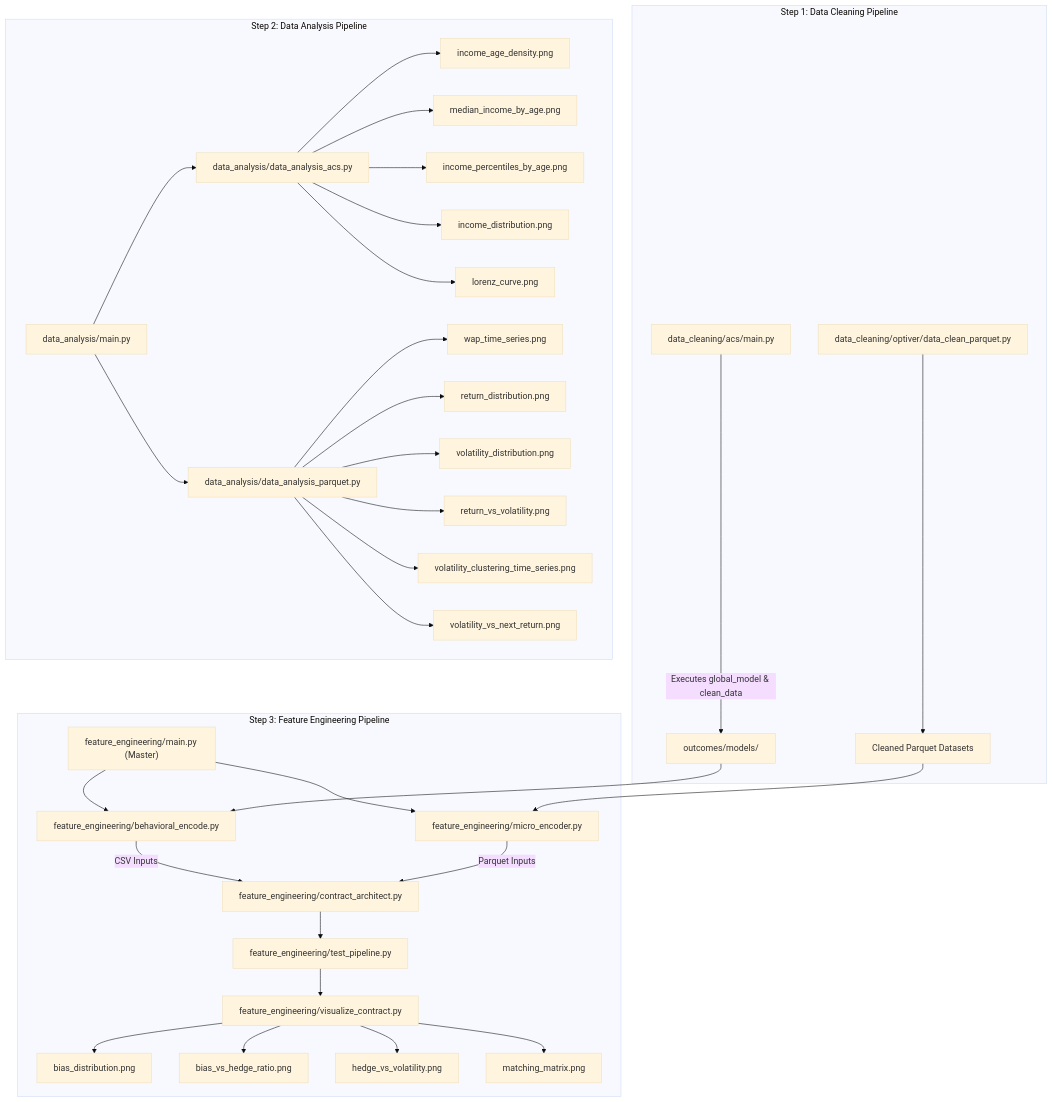
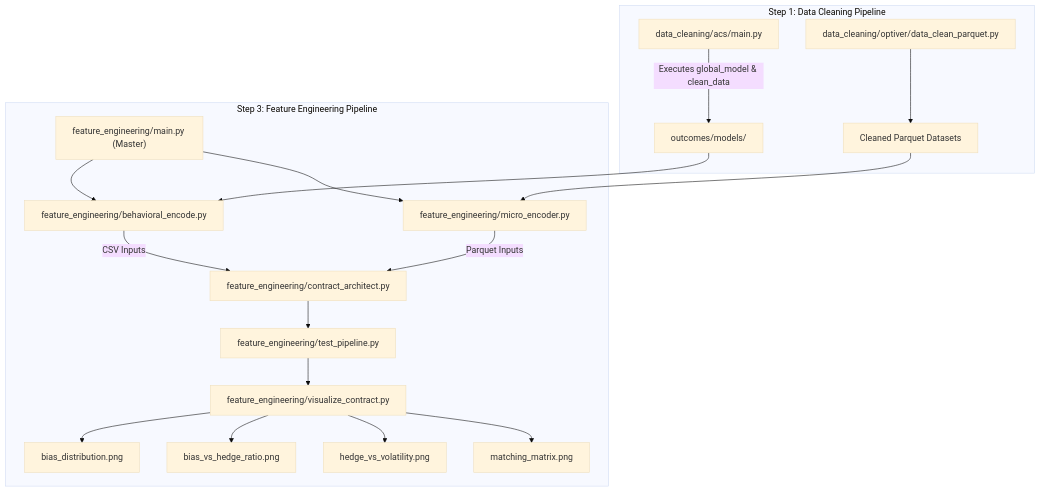
One commit to pikum06/behavioral-microstructure-matching-engine changed the first of 3 diagrams in README.md. Above: the diagram before and after it, drawn with Mermaid (base theme). The commit also changed other lines of this file, not shown here.

Commit message:
Add Data Analysis Pipeline to README
Added Data Analysis Pipeline section with mermaid diagrams.

````diff
--- a/README.md
+++ b/README.md
@@ -122,51 +124,28 @@
 ```mermaid
 graph TD
-    %% Step 1: Data Cleaning Pipeline
     subgraph Step1 ["Step 1: Data Cleaning Pipeline"]
         DC1["data_cleaning/acs/main.py"] -->|"Executes global_model & clean_data"| DC_MOD["outcomes/models/"]
         DC2["data_cleaning/optiver/data_clean_parquet.py"] --> DC_PAR["Cleaned Parquet Datasets"]
     end
 
-    %% Step 2: Data Analysis Pipeline
-    subgraph Step2 ["Step 2: Data Analysis Pipeline"]
-        DA_MAIN["data_analysis/main.py"] --> DA1["data_analysis/data_analysis_acs.py"]
-        DA_MAIN --> DA2["data_analysis/data_analysis_parquet.py"]
-        
-        %% ACS Analysis Graphs
-        DA1 --> DA_ACS1["income_age_density.png"]
-        DA1 --> DA_ACS2["median_income_by_age.png"]
-        DA1 --> DA_ACS3["income_percentiles_by_age.png"]
-        DA1 --> DA_ACS4["income_distribution.png"]
-        DA1 --> DA_ACS5["lorenz_curve.png"]
-
-        %% Parquet Analysis Graphs
-        DA2 --> DA_PAR1["wap_time_series.png"]
-        DA2 --> DA_PAR2["return_distribution.png"]
-        DA2 --> DA_PAR3["volatility_distribution.png"]
-        DA2 --> DA_PAR4["return_vs_volatility.png"]
-        DA2 --> DA_PAR5["volatility_clustering_time_series.png"]
-        DA2 --> DA_PAR6["volatility_vs_next_return.png"]
-    end
-
-    %% Step 3: Feature Engineering Pipeline
     subgraph Step3 ["Step 3: Feature Engineering Pipeline"]
         FE_MAIN["feature_engineering/main.py (Master)"] --> FE_BE["feature_engineering/behavioral_encode.py"]
         FE_MAIN --> FE_ME["feature_engineering/micro_encoder.py"]
         
         FE_BE -->|"CSV Inputs"| FE_CA["feature_engineering/contract_architect.py"]
         FE_ME -->|"Parquet Inputs"| FE_CA
         
         FE_CA --> FE_TP["feature_engineering/test_pipeline.py"]
         FE_TP --> FE_VC["feature_engineering/visualize_contract.py"]
 
         %% Contract Visualization Graphs
         FE_VC --> FE_G1["bias_distribution.png"]
         FE_VC --> FE_G2["bias_vs_hedge_ratio.png"]
         FE_VC --> FE_G3["hedge_vs_volatility.png"]
         FE_VC --> FE_G4["matching_matrix.png"]
     end
 
     %% Data Flow Dependencies
     DC_MOD --> FE_BE
     DC_PAR --> FE_ME
 ```
````
